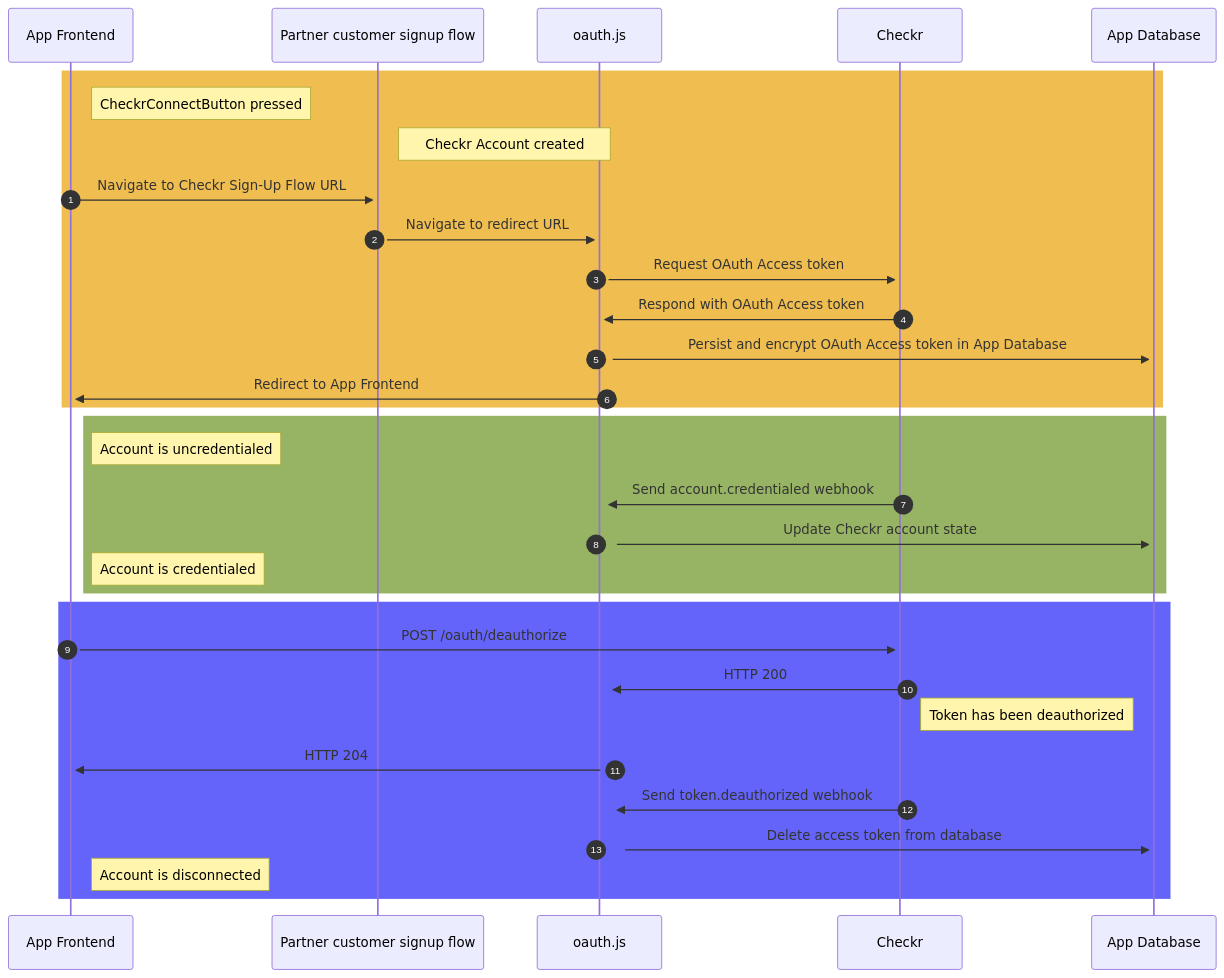
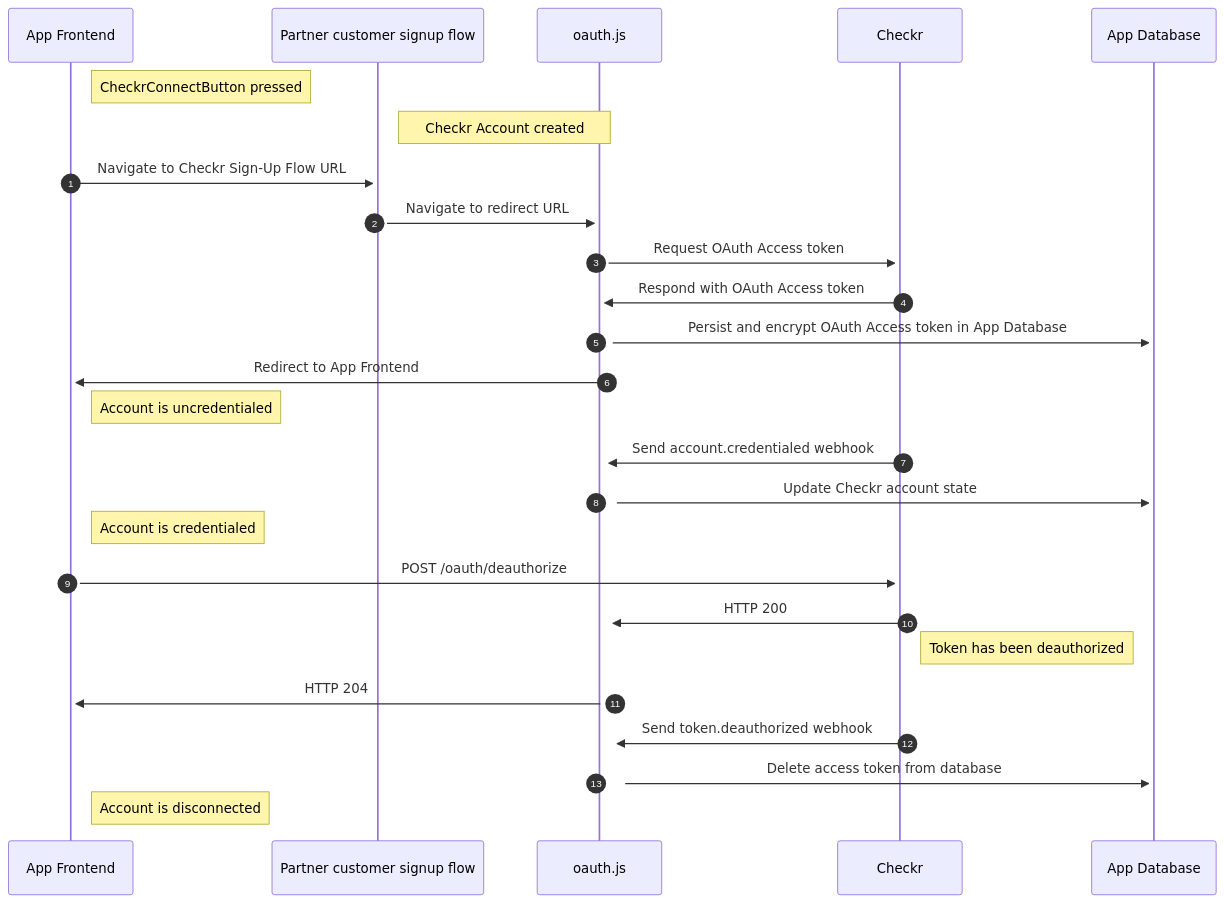
One commit to checkr/oauth-reference-integration changed the diagram in README.md. Above: the diagram before and after it, drawn with Mermaid. The commit also changed 1 other file, not shown here.

Commit message:
Update README
* Add dashboard setup context and remove colored boxes from diagram

* Formatting

* Formatting

* Formatting

* Formatting

* Add dashboard applications settings link

````diff
--- a/README.md
+++ b/README.md
@@ -59,31 +59,28 @@
 ```mermaid
 sequenceDiagram
   autonumber
 
-  rect rgb(240, 190, 80)
     Note right of App Frontend: CheckrConnectButton pressed
     Note right of Partner customer signup flow: Checkr Account created
 
     App Frontend->>+Partner customer signup flow: Navigate to Checkr Sign-Up Flow URL
     Partner customer signup flow->>+oauth.js: Navigate to redirect URL
     oauth.js->>+Checkr: Request OAuth Access token
     Checkr->>+oauth.js: Respond with OAuth Access token
     oauth.js->>+App Database: Persist and encrypt OAuth Access token in App Database
     oauth.js->>+App Frontend: Redirect to App Frontend
-  end
-  rect rgb(150, 180, 100)
+
     Note right of App Frontend: Account is uncredentialed
     Checkr->>+oauth.js: Send account.credentialed webhook
     oauth.js->>+App Database: Update Checkr account state
     Note right of App Frontend: Account is credentialed
-  end
-  rect rgb(100, 100, 250)
+
     App Frontend->>+Checkr: POST /oauth/deauthorize
     Checkr->>+oauth.js: HTTP 200
     Note right of Checkr: Token has been deauthorized
     oauth.js->>+App Frontend: HTTP 204
     Checkr->>+oauth.js: Send token.deauthorized webhook
     oauth.js->>+App Database: Delete access token from database
     Note right of App Frontend: Account is disconnected
-  end
+
 ```
````
